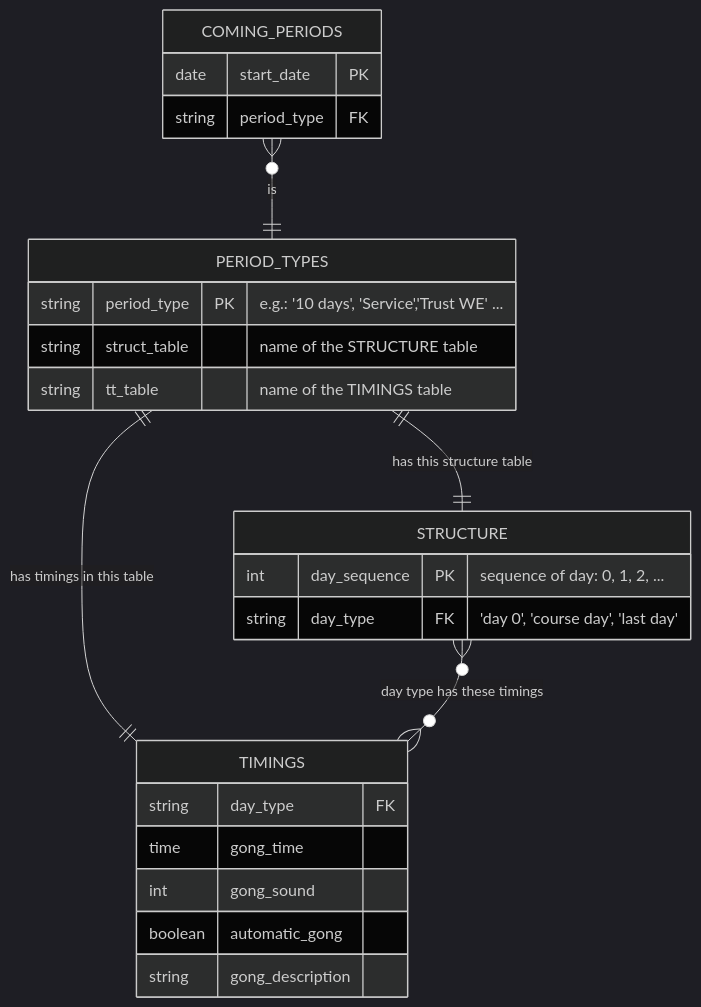
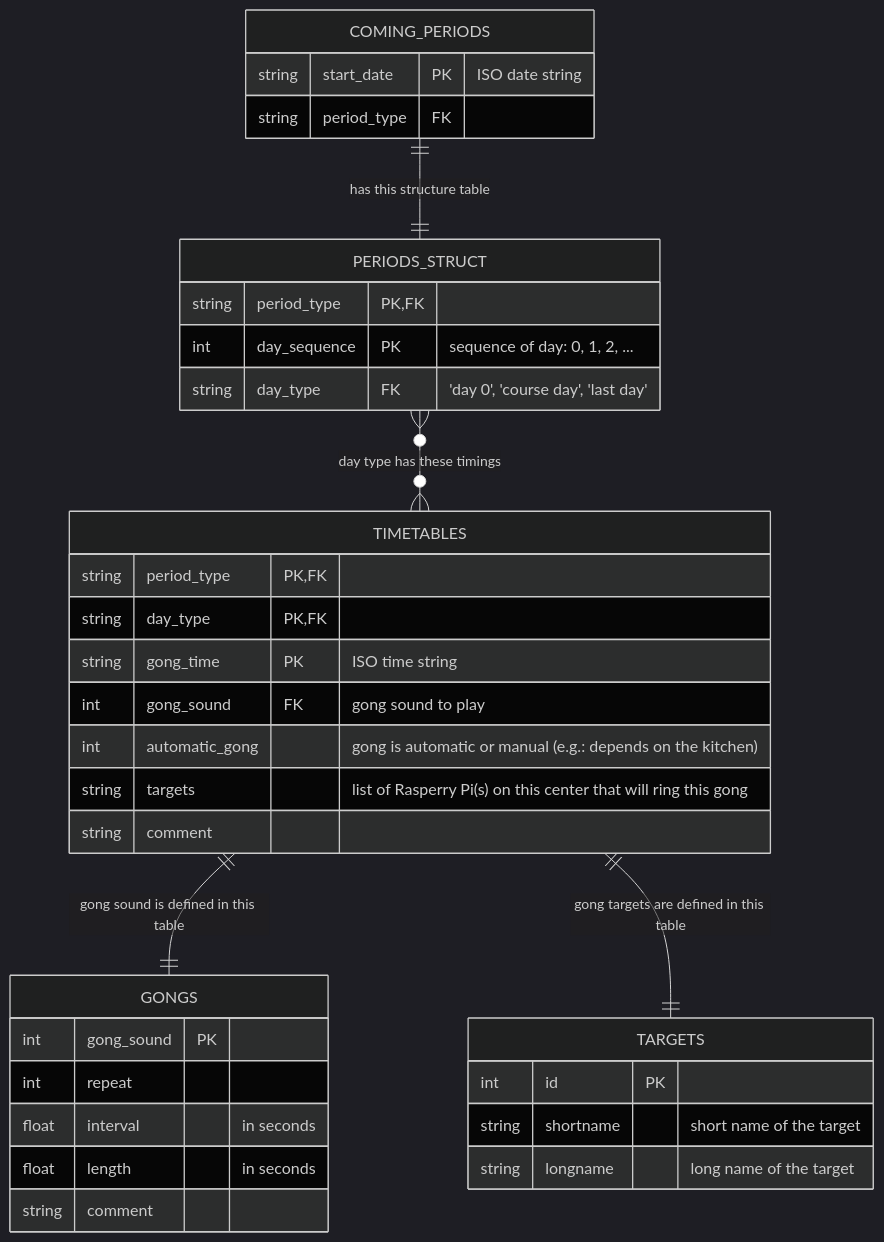
Before and after one commit to s66erge/entan-mkdocs: the first of 2 diagrams in docs/architecture/data-design.md, drawn with Mermaid (dark theme). The commit also changed other lines of this file and 46 other files, not shown here.

````diff
--- a/docs/architecture/data-design.md
+++ b/docs/architecture/data-design.md
@@ -15,31 +10,42 @@
 ```mermaid
 erDiagram
 
-    COMING_PERIODS  }o--|| PERIOD_TYPES : "is"
     COMING_PERIODS { 
-        date start_date PK
+        string start_date PK "ISO date string"
         string period_type FK 
    }
 
-    PERIOD_TYPES { 
-        string period_type PK "e.g.: '10 days', 'Service','Trust WE' ..."
-        string struct_table "name of the STRUCTURE table"
-        string tt_table "name of the TIMINGS table"
-    }
-
-    PERIOD_TYPES ||--|| STRUCTURE : "has this structure table"
-    STRUCTURE {
+    COMING_PERIODS ||--|| PERIODS_STRUCT : "has this structure table"
+    PERIODS_STRUCT {
+        string period_type PK, FK
         int day_sequence PK "sequence of day: 0, 1, 2, ..."
         string day_type FK "'day 0', 'course day', 'last day'"
         }
 
-    PERIOD_TYPES ||--|| TIMINGS : "has timings in this table"
-    STRUCTURE  }o--o{ TIMINGS : "day type has these timings"
-    TIMINGS {
-        string day_type FK
-        time gong_time
-        int gong_sound
-        boolean automatic_gong
-        string gong_description
+    PERIODS_STRUCT  }o--o{ TIMETABLES : "day type has these timings"
+    TIMETABLES {
+        string period_type PK, FK
+        string day_type PK,FK
+        string gong_time PK "ISO time string"
+        int gong_sound FK "gong sound to play"
+        int automatic_gong "gong is automatic or manual (e.g.: depends on the kitchen)"
+        string targets "list of Rasperry Pi(s) on this center that will ring this gong"
+        string comment
+    }
+
+    TIMETABLES ||--|| GONGS : "gong sound is defined in this table"
+    GONGS {
+        int gong_sound PK
+        int repeat
+        float interval "in seconds"
+        float length "in seconds"
+        string comment
+    }
+
+    TIMETABLES ||--|| TARGETS : "gong targets are defined in this table"
+    TARGETS {
+        int id PK
+        string shortname "short name of the target"
+        string longname "long name of the target"
     }
 ```
````
